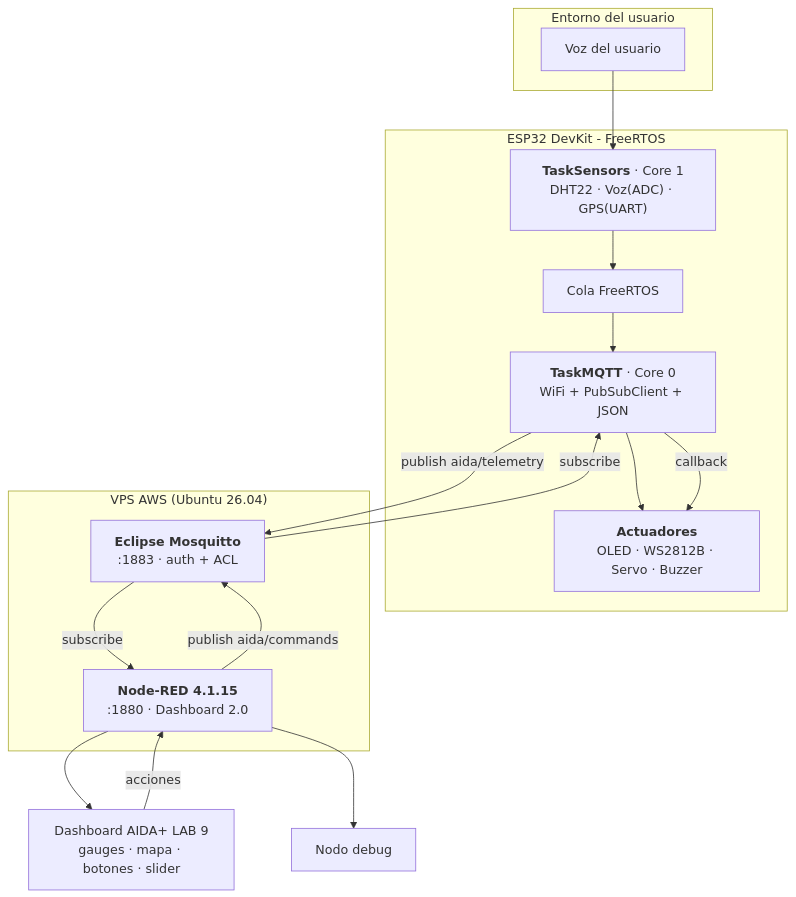
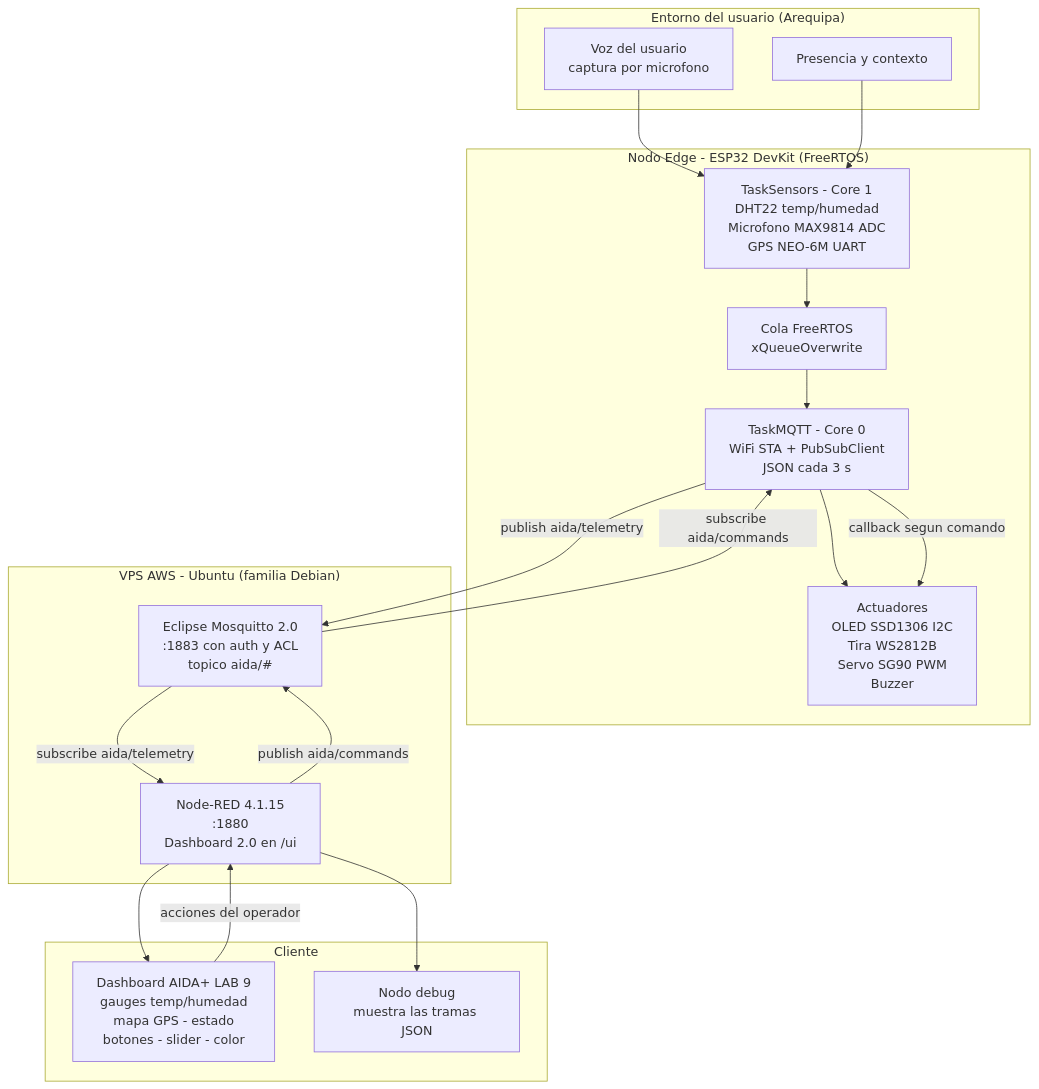
Before and after one commit to xllnyxthornllx/AIDA-: the second of 4 diagrams in Lab 9 Tarea/06-uml.md, drawn with Mermaid. The commit also changed other lines of this file and 13 other files, not shown here.

Commit message:
lab9: diagrama uml de componentes de la solucion

````diff
--- a/Lab 9 Tarea/06-uml.md
+++ b/Lab 9 Tarea/06-uml.md
@@ -5,29 +53,37 @@
 ```mermaid
 flowchart TB
-    subgraph CAMPO["Entorno del usuario"]
-        V["Voz del usuario"]
+    subgraph CAMPO["Entorno del usuario (Arequipa)"]
+        V["Voz del usuario<br/>captura por microfono"]
+        P["Presencia y contexto"]
     end
-    subgraph EDGE["ESP32 DevKit - FreeRTOS"]
-        SENS["<b>TaskSensors</b> · Core 1<br/>DHT22 · Voz(ADC) · GPS(UART)"]
-        QUEUE["Cola FreeRTOS"]
-        MQTT_T["<b>TaskMQTT</b> · Core 0<br/>WiFi + PubSubClient + JSON"]
-        ACT["<b>Actuadores</b><br/>OLED · WS2812B · Servo · Buzzer"]
-        SENS --> QUEUE --> MQTT_T --> ACT
+
+    subgraph EDGE["Nodo Edge - ESP32 DevKit (FreeRTOS)"]
+        SENS["TaskSensors - Core 1<br/>DHT22 temp/humedad<br/>Microfono MAX9814 ADC<br/>GPS NEO-6M UART"]
+        QUEUE["Cola FreeRTOS<br/>xQueueOverwrite"]
+        MQTT_T["TaskMQTT - Core 0<br/>WiFi STA + PubSubClient<br/>JSON cada 3 s"]
+        ACT["Actuadores<br/>OLED SSD1306 I2C<br/>Tira WS2812B<br/>Servo SG90 PWM<br/>Buzzer"]
+        SENS --> QUEUE --> MQTT_T
+        MQTT_T --> ACT
     end
-    subgraph CLOUD["VPS AWS (Ubuntu 26.04)"]
-        BROKER["<b>Eclipse Mosquitto</b><br/>:1883 · auth + ACL"]
-        NR["<b>Node-RED 4.1.15</b><br/>:1880 · Dashboard 2.0"]
+
+    subgraph CLOUD["VPS AWS - Ubuntu (familia Debian)"]
+        BROKER["Eclipse Mosquitto 2.0<br/>:1883 con auth y ACL<br/>topico aida/#"]
+        NR["Node-RED 4.1.15<br/>:1880<br/>Dashboard 2.0 en /ui"]
     end
-    UI["Dashboard AIDA+ LAB 9<br/>gauges · mapa · botones · slider"]
-    DEV["Nodo debug"]
+
+    subgraph CLIENTE["Cliente"]
+        UI["Dashboard AIDA+ LAB 9<br/>gauges temp/humedad<br/>mapa GPS - estado<br/>botones - slider - color"]
+        DEV["Nodo debug<br/>muestra las tramas JSON"]
+    end
 
     V --> SENS
+    P --> SENS
     MQTT_T -- "publish aida/telemetry" --> BROKER
-    BROKER -- "subscribe" --> NR
+    BROKER -- "subscribe aida/telemetry" --> NR
     NR --> UI
     NR --> DEV
-    UI -- "acciones" --> NR
+    UI -- "acciones del operador" --> NR
     NR -- "publish aida/commands" --> BROKER
-    BROKER -- "subscribe" --> MQTT_T
-    MQTT_T -- "callback" --> ACT
+    BROKER -- "subscribe aida/commands" --> MQTT_T
+    MQTT_T -- "callback segun comando" --> ACT
 ```
````
